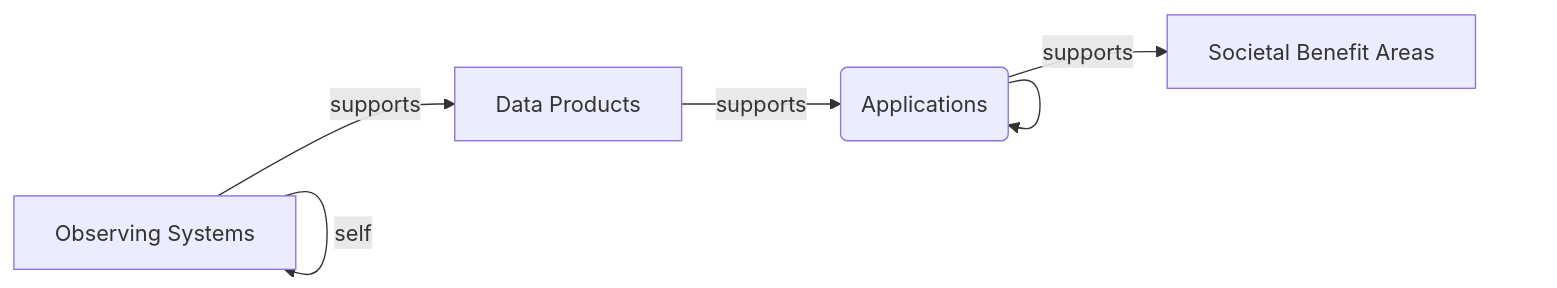
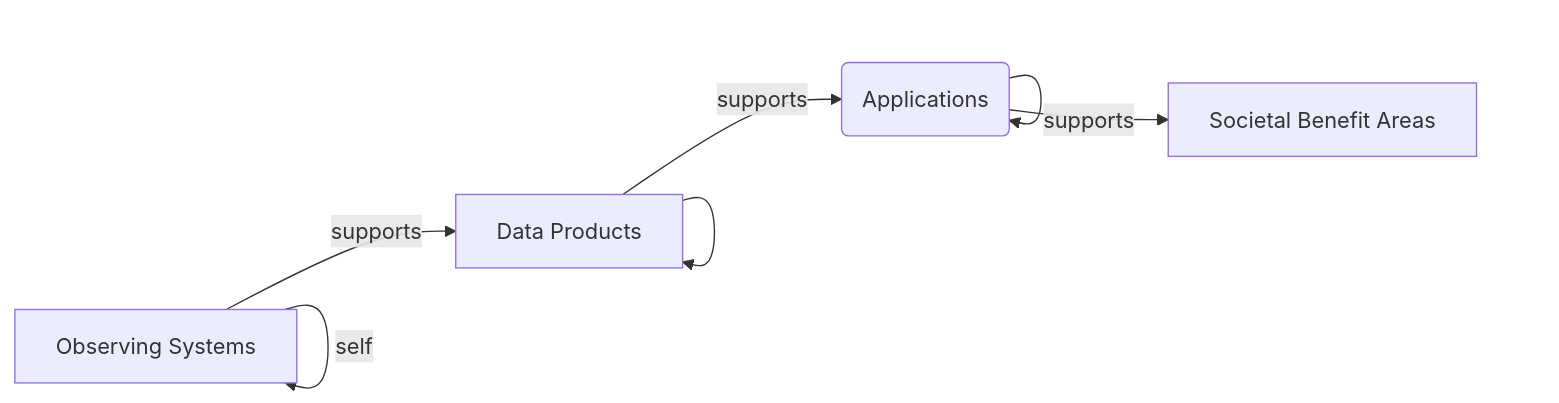
The diagram in glossary.md (nsidc/usaon-vta-docs), drawn with Mermaid before and after one commit.

Commit message:
b to b relationshio

````diff
--- a/glossary.md
+++ b/glossary.md
@@ -98,8 +98,9 @@
 ```mermaid
 flowchart LR
     A[Observing Systems]--> |supports| B[Data Products]
     A --> |self| A
     B --> |supports| C(Applications)
+    B --> B
     C --> C
     C --> |supports| D[Societal Benefit Areas]
 ```
````
